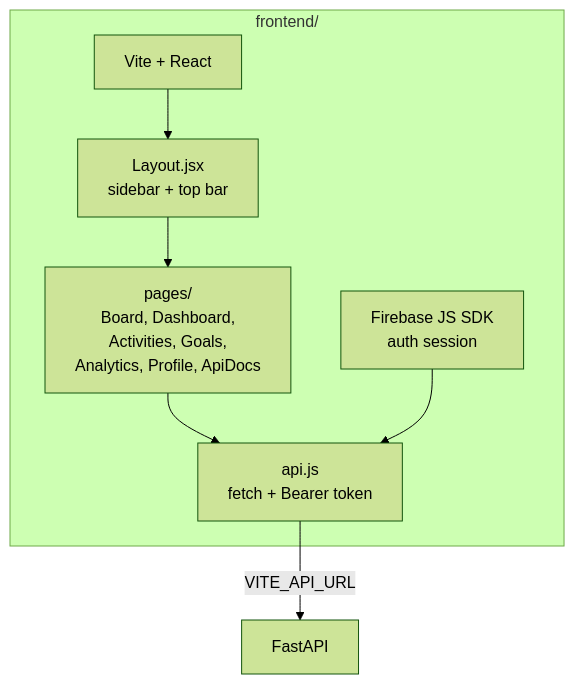
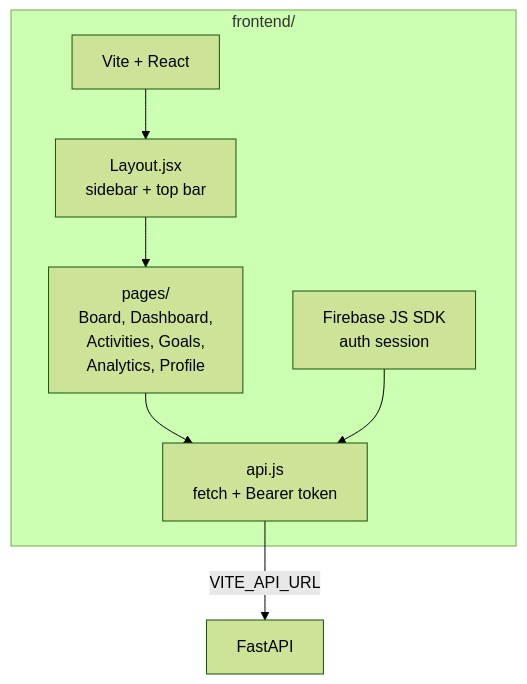
Before and after one commit to SandeepSuneja/pulse-track: the fourth of 8 diagrams in docs/ARCHITECTURE.md, drawn with Mermaid (forest theme). The commit also changed other lines of this file and 23 other files, not shown here.

````diff
--- a/docs/ARCHITECTURE.md
+++ b/docs/ARCHITECTURE.md
@@ -144,15 +144,15 @@
 ```mermaid
 flowchart TB
   subgraph Web["frontend/"]
     VITE["Vite + React"]
     AUTH_W["Firebase JS SDK<br/>auth session"]
     API_W["api.js<br/>fetch + Bearer token"]
-    PAGES["pages/<br/>Board, Dashboard,<br/>Activities, Goals,<br/>Analytics, Profile, ApiDocs"]
+    PAGES["pages/<br/>Board, Dashboard,<br/>Activities, Goals,<br/>Analytics, Profile"]
     LAY["Layout.jsx<br/>sidebar + top bar"]
   end
 
   VITE --> LAY --> PAGES
   PAGES --> API_W
   AUTH_W --> API_W
   API_W -->|"VITE_API_URL"| BE["FastAPI"]
 ```
````
